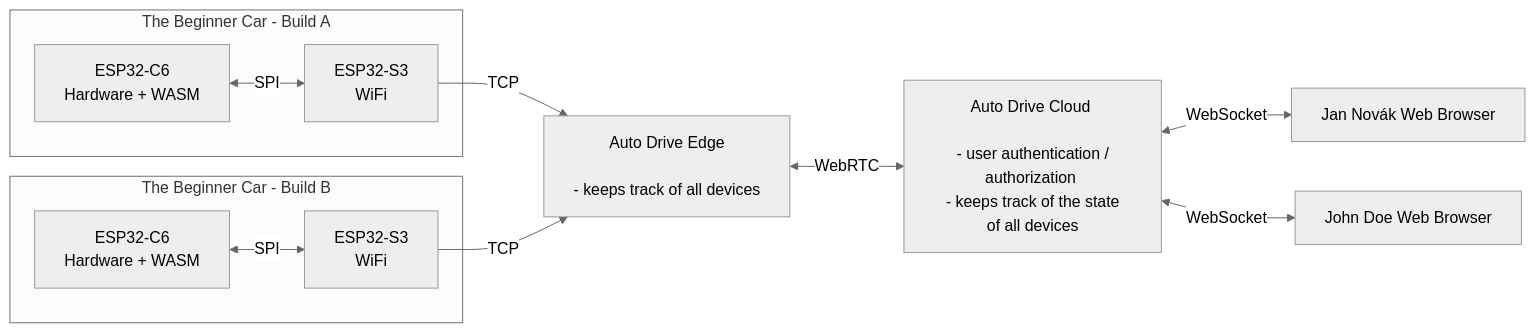
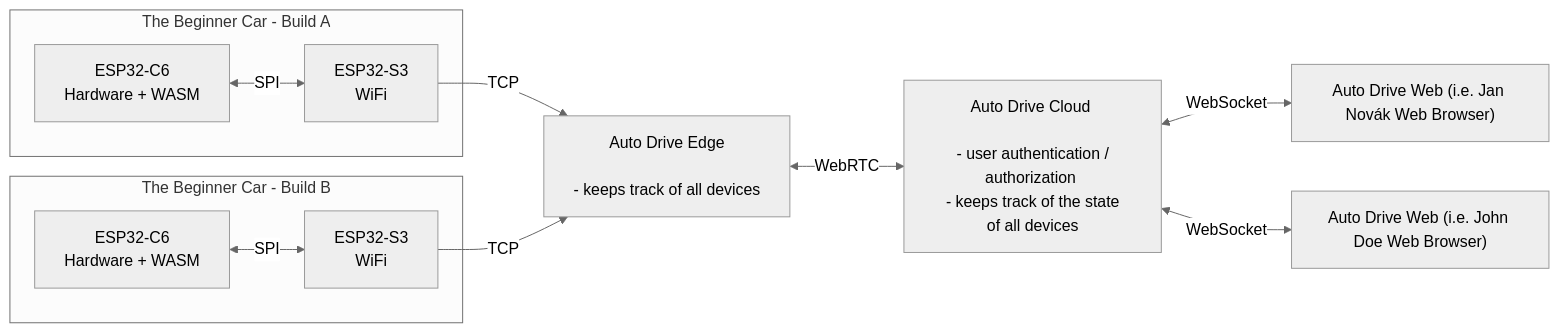
One commit to Hugos-Tech-Lab/AutoDrive changed the diagram in docs/data_flow_car_to_browser.md. Above: the diagram before and after it, drawn with Mermaid (neutral theme). The commit also changed 2 other files, not shown here.

````diff
--- a/docs/data_flow_car_to_browser.md
+++ b/docs/data_flow_car_to_browser.md
@@ -2,26 +2,26 @@
 ```mermaid
 flowchart LR
     subgraph DEVICE1["The Beginner Car - Build A"]
         C61["ESP32-C6<br/>Hardware + WASM"]
         S31["ESP32-S3<br/>WiFi"]
         C61 <-->|SPI| S31
     end
 
     subgraph DEVICE2["The Beginner Car - Build B"]
         C62["ESP32-C6<br/>Hardware + WASM"]
         S32["ESP32-S3<br/>WiFi"]
         C62 <-->|SPI| S32
     end
 
     E["Auto Drive Edge <br/> <br/> - keeps track of all devices"]
     C["Auto Drive Cloud <br/> <br/> - user authentication / authorization <br/> - keeps track of the state of all devices "]
-    W2["John Doe Web Browser"]
-    W1["Jan Novák Web Browser"]
+    W2["Auto Drive Web (i.e. John Doe Web Browser)"]
+    W1["Auto Drive Web (i.e. Jan Novák Web Browser)"]
 
     S31 -->|TCP| E
     S32 -->|TCP| E
 
     E <-->|WebRTC| C
     C <-->|WebSocket| W1
     C <-->|WebSocket| W2
 ```
````
